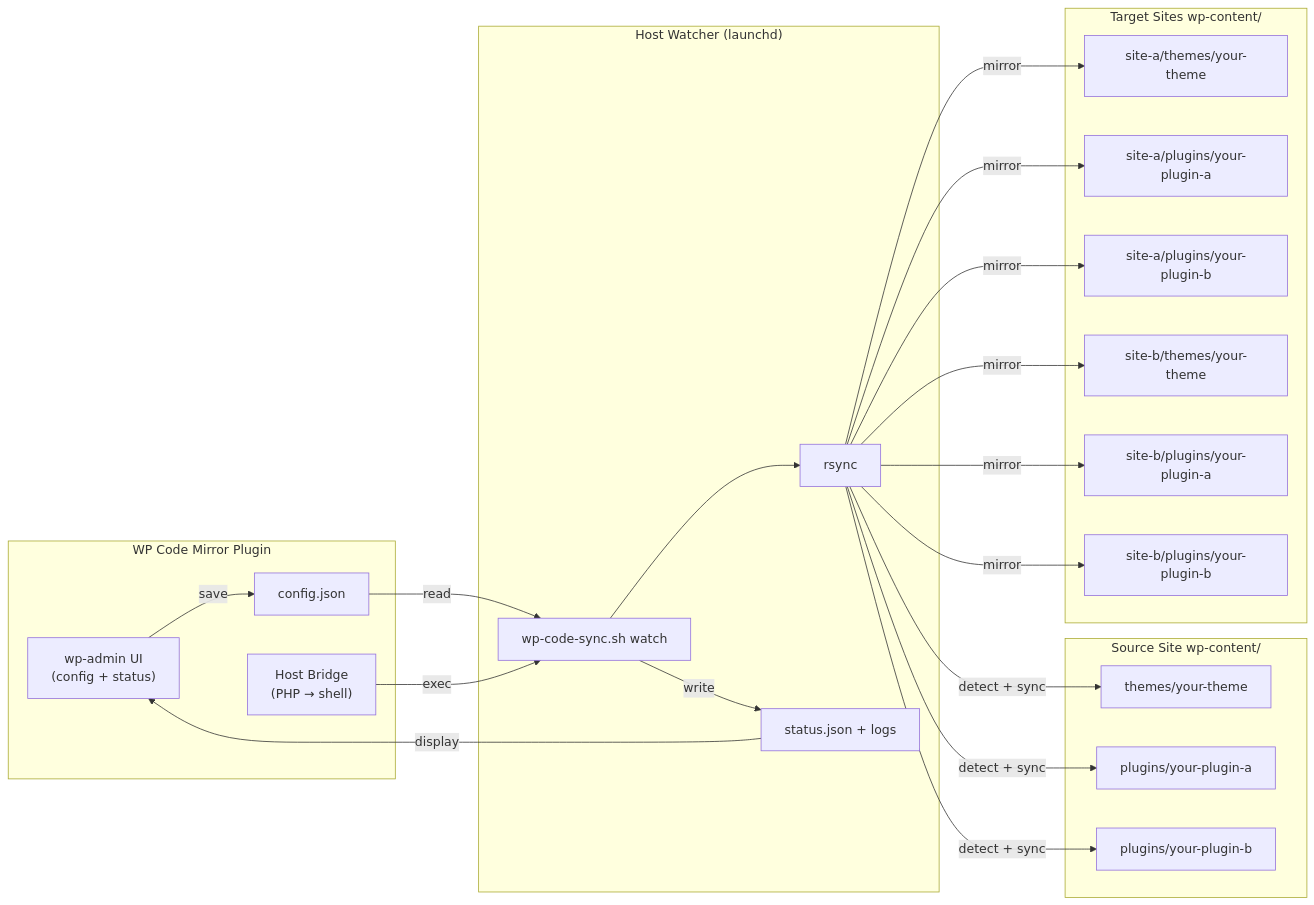
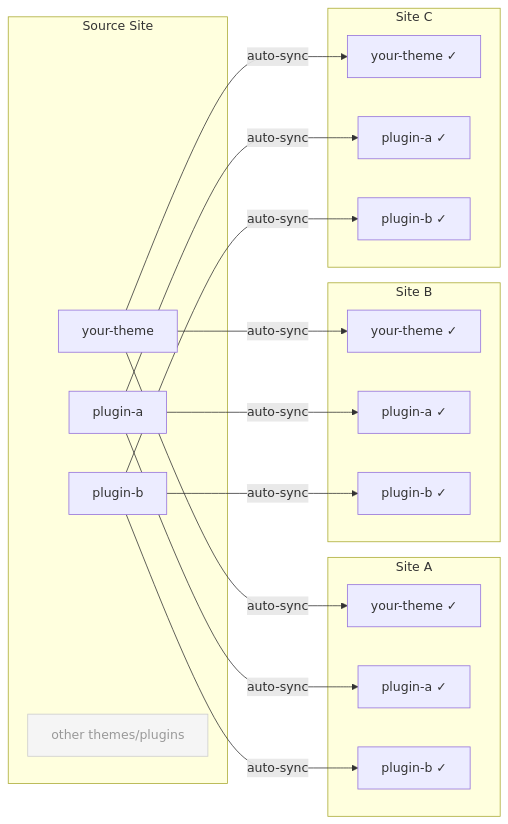
The second of 2 diagrams in README.md (georgeolaru/wp-code-mirror), drawn with Mermaid before and after one commit. The commit also changed other lines of this file, not shown here.

Commit message:
docs: replace diagrams with before/after per-item sync comparison

````diff
--- a/README.md
+++ b/README.md
@@ -88,38 +93,33 @@
 ```mermaid
 flowchart LR
-    subgraph SOURCE["Source Site wp-content/"]
-        S_Theme["themes/your-theme"]
-        S_Plugin1["plugins/your-plugin-a"]
-        S_Plugin2["plugins/your-plugin-b"]
+    subgraph SOURCE["Source Site"]
+        Theme["your-theme"]
+        PluginA["plugin-a"]
+        PluginB["plugin-b"]
+        Other["other themes/plugins"]:::dim
     end
 
-    subgraph PLUGIN["WP Code Mirror Plugin"]
-        Admin["wp-admin UI\n(config + status)"]
-        Config["config.json"]
-        Bridge["Host Bridge\n(PHP → shell)"]
+    subgraph SITE_A["Site A"]
+        A_Theme["your-theme ✓"]
+        A_PluginA["plugin-a ✓"]
+        A_PluginB["plugin-b ✓"]
     end
 
-    subgraph SERVICE["Host Watcher (launchd)"]
-        Watcher["wp-code-sync.sh watch"]
-        Rsync["rsync"]
-        Status["status.json + logs"]
+    subgraph SITE_B["Site B"]
+        B_Theme["your-theme ✓"]
+        B_PluginA["plugin-a ✓"]
+        B_PluginB["plugin-b ✓"]
     end
 
-    subgraph TARGETS["Target Sites wp-content/"]
-        T1_Theme["site-a/themes/your-theme"]
-        T1_Plugin1["site-a/plugins/your-plugin-a"]
-        T1_Plugin2["site-a/plugins/your-plugin-b"]
-        T2_Theme["site-b/themes/your-theme"]
-        T2_Plugin1["site-b/plugins/your-plugin-a"]
-        T2_Plugin2["site-b/plugins/your-plugin-b"]
+    subgraph SITE_C["Site C"]
+        C_Theme["your-theme ✓"]
+        C_PluginA["plugin-a ✓"]
+        C_PluginB["plugin-b ✓"]
     end
 
-    Admin -->|save| Config
-    Config -->|read| Watcher
-    Bridge -->|exec| Watcher
-    Watcher --> Rsync
-    Rsync -->|detect + sync| S_Theme & S_Plugin1 & S_Plugin2
-    Rsync -->|mirror| T1_Theme & T1_Plugin1 & T1_Plugin2 & T2_Theme & T2_Plugin1 & T2_Plugin2
-    Watcher -->|write| Status
-    Status -->|display| Admin
+    Theme -->|"auto-sync"| A_Theme & B_Theme & C_Theme
+    PluginA -->|"auto-sync"| A_PluginA & B_PluginA & C_PluginA
+    PluginB -->|"auto-sync"| A_PluginB & B_PluginB & C_PluginB
+
+    classDef dim fill:#f5f5f5,stroke:#ccc,color:#999
 ```
````
